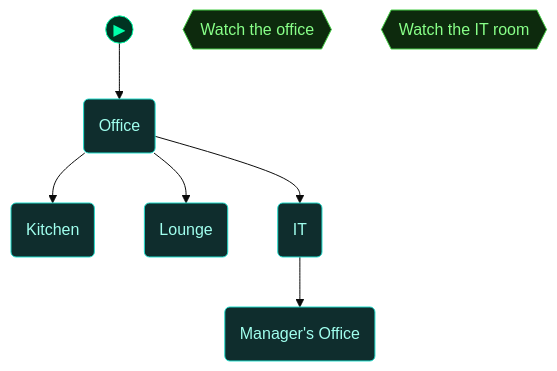
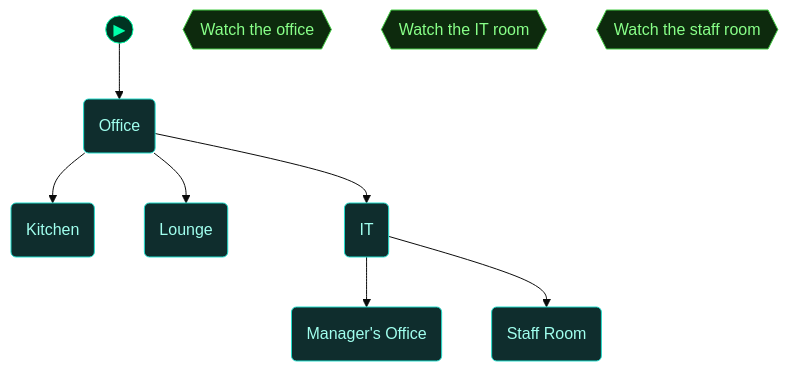
One commit to cliffe/BreakEscape changed the third of 5 diagrams in scenarios/test_needs_sims/dungeon_graph.md. Above: the diagram before and after it, drawn with Mermaid (base theme). The commit also changed other lines of this file and 12 other files, not shown here.

First line of the commit message:
SIMS-4: the staff-room pair (Keith and Jodie, m02's porter and domestic)

````diff
--- a/scenarios/test_needs_sims/dungeon_graph.md
+++ b/scenarios/test_needs_sims/dungeon_graph.md
@@ -122,38 +125,41 @@
 ```mermaid
 flowchart TD
 
   classDef room      fill:#0f2d2d,stroke:#22ddcc,color:#a0ffee
   classDef lock      fill:#2d0f0f,stroke:#e66060,color:#ffa0a0
   classDef key       fill:#2d0812,stroke:#e66060,color:#ffa0a0
   classDef item      fill:#2d1200,stroke:#e89030,color:#ffcc80
   classDef gate      fill:#111,stroke:#666,color:#eee
   classDef vm        fill:#0c1f40,stroke:#4a90d9,color:#a0c8ff
   classDef flag      fill:#1a0c2d,stroke:#9060d0,color:#cc99ff
   classDef action    fill:#1a1200,stroke:#cc9922,color:#ffee88
   classDef aim       fill:#0d2a0d,stroke:#44cc44,color:#88ff88
   classDef aim_gate  fill:#111111,stroke:#44cc44,color:#44cc44
   classDef container fill:#1a2d1a,stroke:#60b060,color:#a0e0a0
   classDef npc       fill:#2d1f0d,stroke:#d0a050,color:#ffe0a0
   classDef critical  fill:#2a1500,stroke:#ffaa00,color:#ffdd88
   classDef start     fill:#003322,stroke:#00ffaa,color:#00ffaa
 
   node_start(("▶"))
   node_start --> office
 
   office("Office")
   kitchen("Kitchen")
   lounge("Lounge")
   it_room("IT")
   manager_office("Manager's Office")
+  staff_room("Staff Room")
   aim_watch_the_office{{"Watch the office"}}
   aim_watch_it{{"Watch the IT room"}}
+  aim_watch_the_staff_room{{"Watch the staff room"}}
 
   office --> kitchen
   office --> lounge
   office --> it_room
   it_room --> manager_office
+  it_room --> staff_room
 
-  class office,kitchen,lounge,it_room,manager_office room
-  class aim_watch_the_office,aim_watch_it aim
+  class office,kitchen,lounge,it_room,manager_office,staff_room room
+  class aim_watch_the_office,aim_watch_it,aim_watch_the_staff_room aim
   class node_start start
 ```
````
